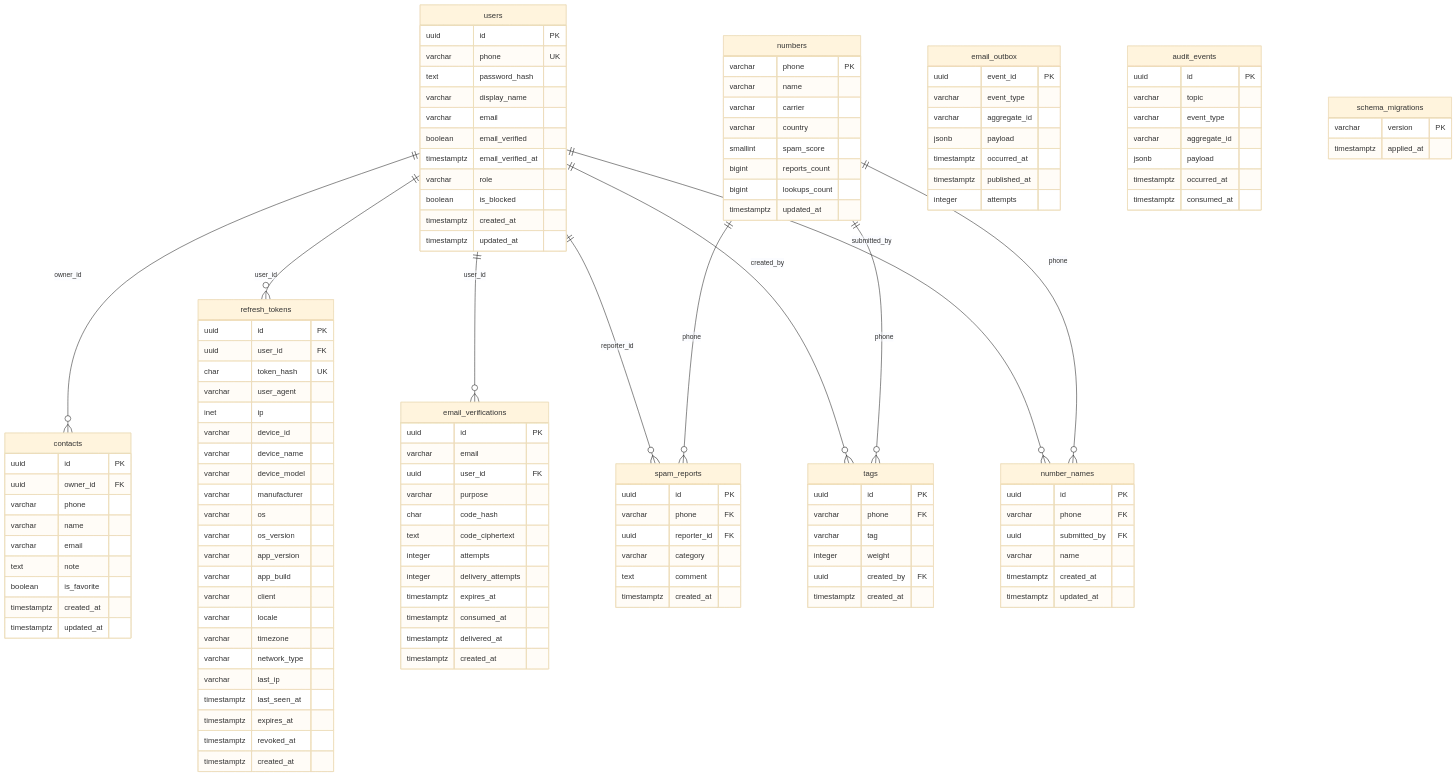
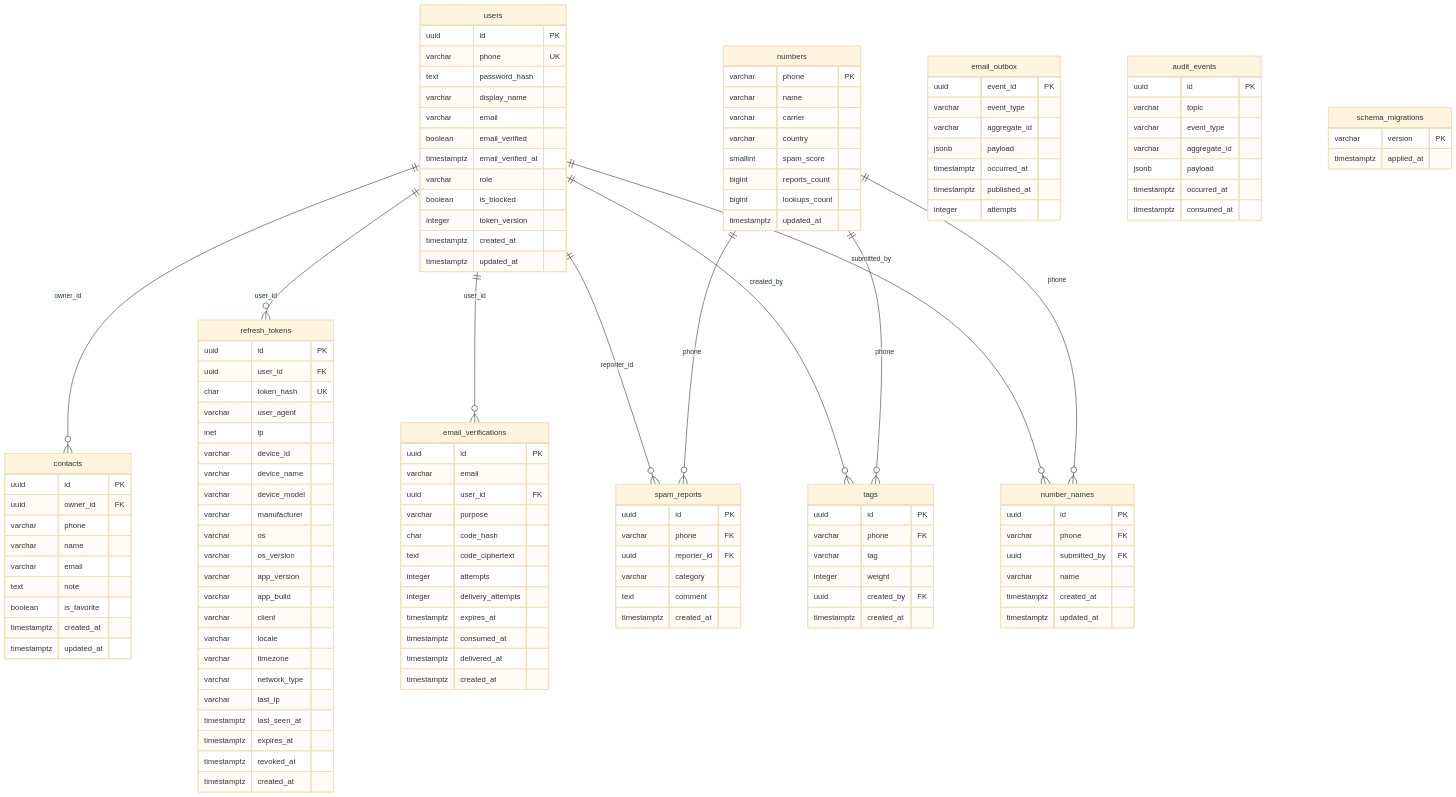
One commit to JamikKhidirov/GetContactBackend changed the fifth of 7 diagrams in docs/ARCHITECTURE.md. Above: the diagram before and after it, drawn with Mermaid (base theme). The commit also changed other lines of this file and 46 other files, not shown here.

```diff
--- a/docs/ARCHITECTURE.md
+++ b/docs/ARCHITECTURE.md
@@ -320,6 +335,7 @@
         timestamptz email_verified_at
         varchar role
         boolean is_blocked
+        integer token_version
         timestamptz created_at
         timestamptz updated_at
     }
```
